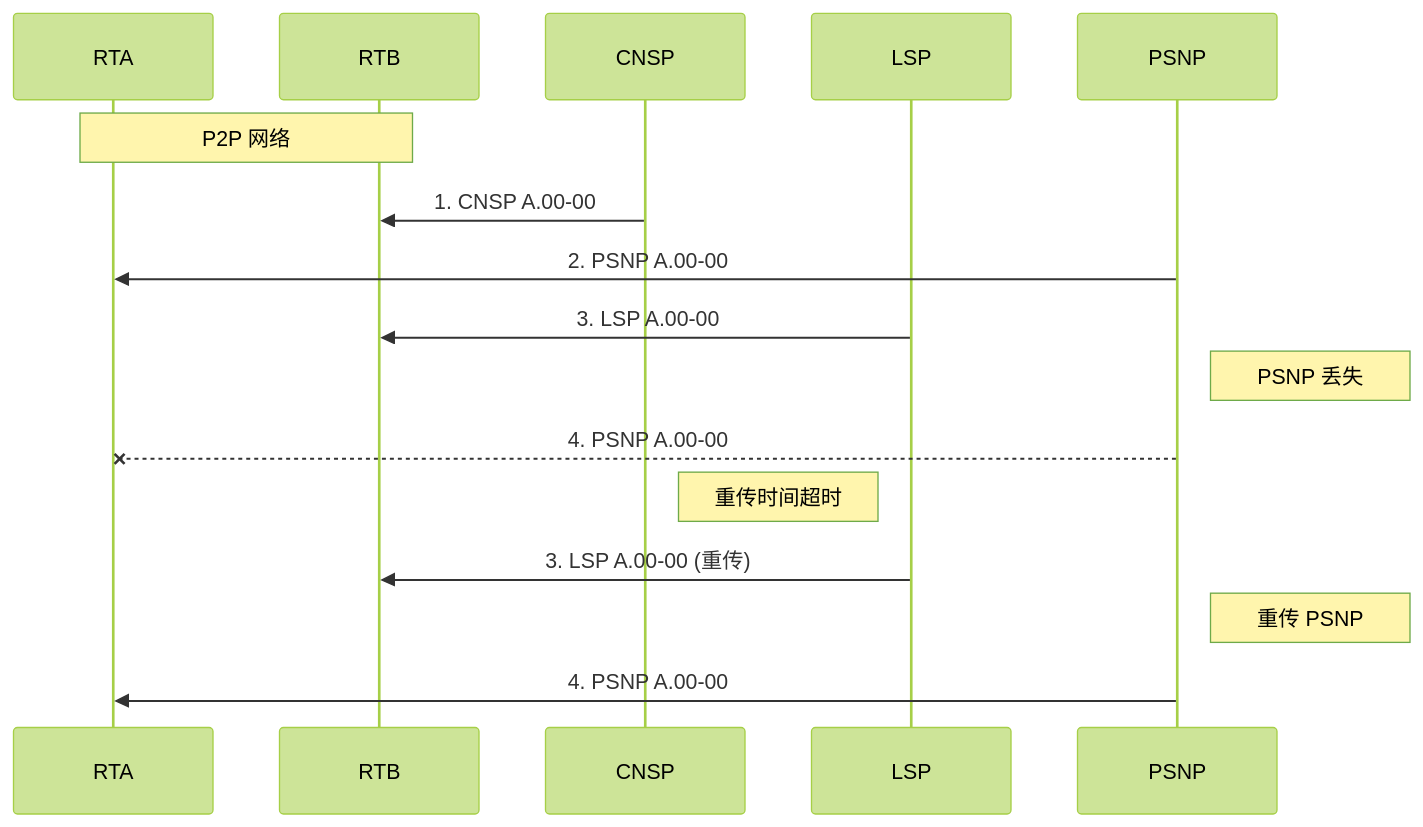
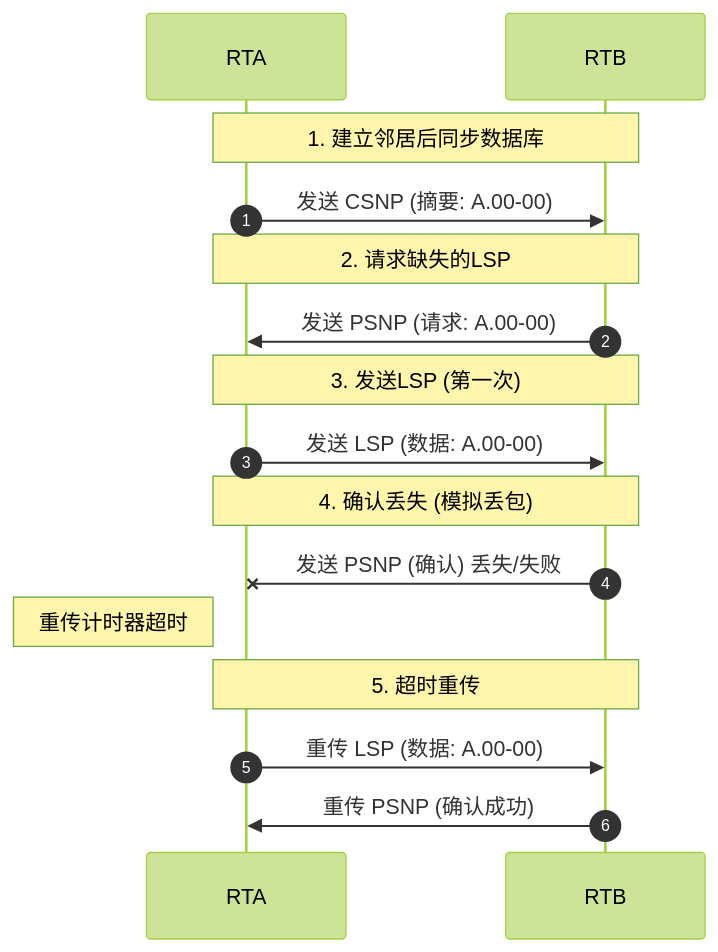
The eighth of 9 diagrams in 理论/路由技术/IS-IS(LSU待补全).md (Wavepoet/hikari_Notes_Datacom), drawn with Mermaid (forest theme) before and after one commit. The commit also changed other lines of this file and 2 other files, not shown here.

Commit message:
Sync updates (including deletions) from source repo

````diff
--- a/理论/路由技术/IS-IS(LSU待补全).md
+++ b/理论/路由技术/IS-IS(LSU待补全).md
@@ -488,26 +488,24 @@
 ```mermaid
 sequenceDiagram
+    autonumber
     participant RTA
     participant RTB
 
-    Note over RTA,RTB: P2P 网络
-
-    participant CNSP
-    participant LSP
-    participant PSNP
-
-    CNSP->>RTB: 1. CNSP A.00-00
-    PSNP->>RTA: 2. PSNP A.00-00
-
-    LSP->>RTB: 3. LSP A.00-00
-
-    Note right of PSNP: PSNP 丢失
-    PSNP--xRTA: 4. PSNP A.00-00
-
-    Note left of LSP: 重传时间超时
-    LSP->>RTB: 3. LSP A.00-00 (重传)
-
-    Note right of PSNP: 重传 PSNP
-    PSNP->>RTA: 4. PSNP A.00-00
-
+    note over RTA, RTB: 1. 建立邻居后同步数据库
+    RTA->>RTB: 发送 CSNP (摘要: A.00-00)
+    
+    note over RTA, RTB: 2. 请求缺失的LSP
+    RTB->>RTA: 发送 PSNP (请求: A.00-00)
+    
+    note over RTA, RTB: 3. 发送LSP (第一次)
+    RTA->>RTB: 发送 LSP (数据: A.00-00)
+    
+    note over RTA, RTB: 4. 确认丢失 (模拟丢包)
+    RTB-xRTA: 发送 PSNP (确认) 丢失/失败
+    
+    note left of RTA: 重传计时器超时
+    
+    note over RTA, RTB: 5. 超时重传
+    RTA->>RTB: 重传 LSP (数据: A.00-00)
+    RTB->>RTA: 重传 PSNP (确认成功)
 ```
````
